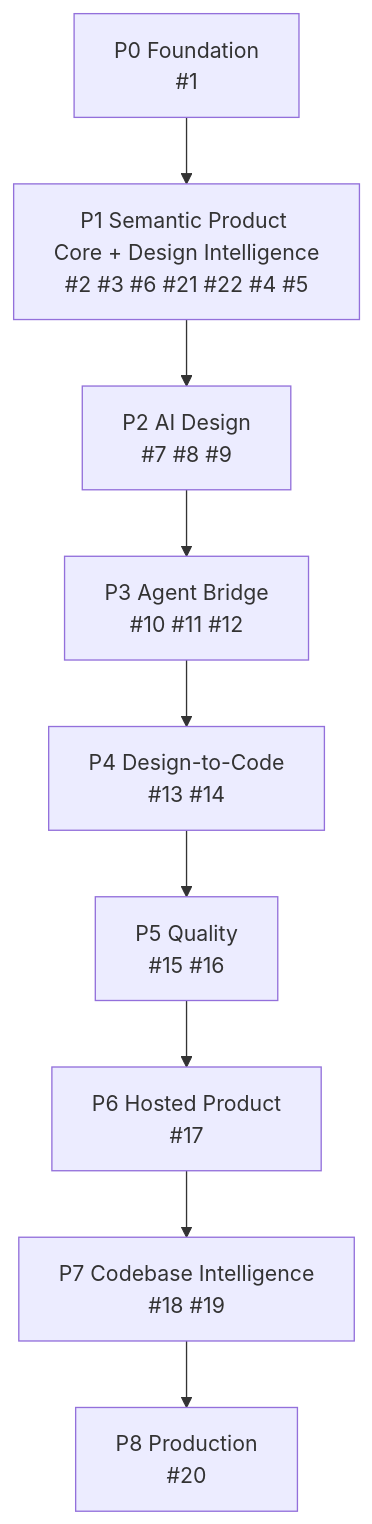
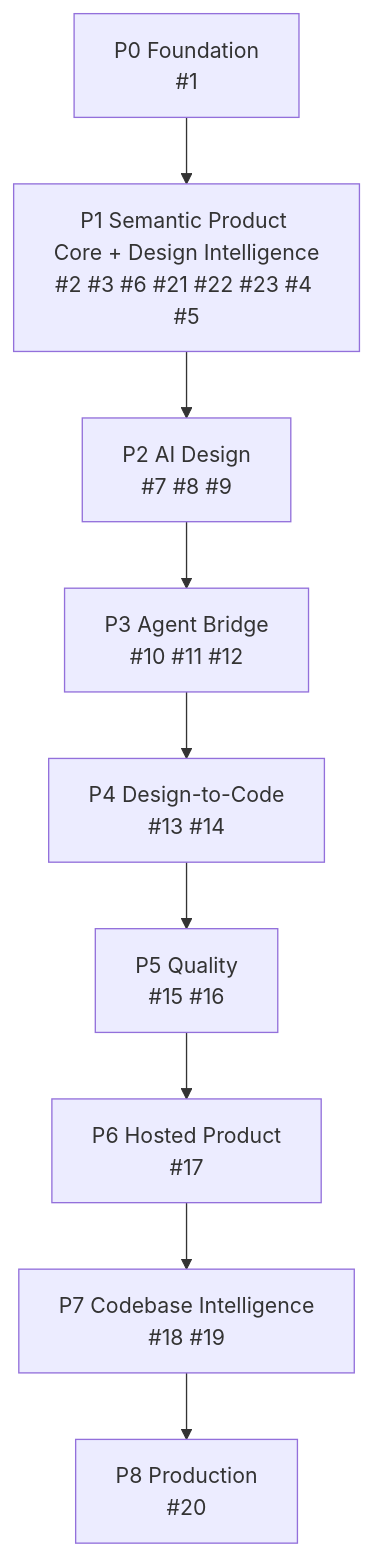
The diagram in docs/ROADMAP.md (tuanpham09/UIForge), drawn with Mermaid before and after one commit. The commit also changed other lines of this file, not shown here.

Commit message:
docs(roadmap): add color intelligence milestone

```diff
--- a/docs/ROADMAP.md
+++ b/docs/ROADMAP.md
@@ -5,14 +5,14 @@
 ~~~mermaid
 flowchart TB
     P0["P0 Foundation<br/>#1"]
-    P1["P1 Semantic Product Core + Design Intelligence<br/>#2 #3 #6 #21 #22 #4 #5"]
+    P1["P1 Semantic Product Core + Design Intelligence<br/>#2 #3 #6 #21 #22 #23 #4 #5"]
     P2["P2 AI Design<br/>#7 #8 #9"]
     P3["P3 Agent Bridge<br/>#10 #11 #12"]
     P4["P4 Design-to-Code<br/>#13 #14"]
     P5["P5 Quality<br/>#15 #16"]
     P6["P6 Hosted Product<br/>#17"]
     P7["P7 Codebase Intelligence<br/>#18 #19"]
     P8["P8 Production<br/>#20"]
 
     P0 --> P1 --> P2 --> P3 --> P4 --> P5 --> P6 --> P7 --> P8
 ~~~
```
